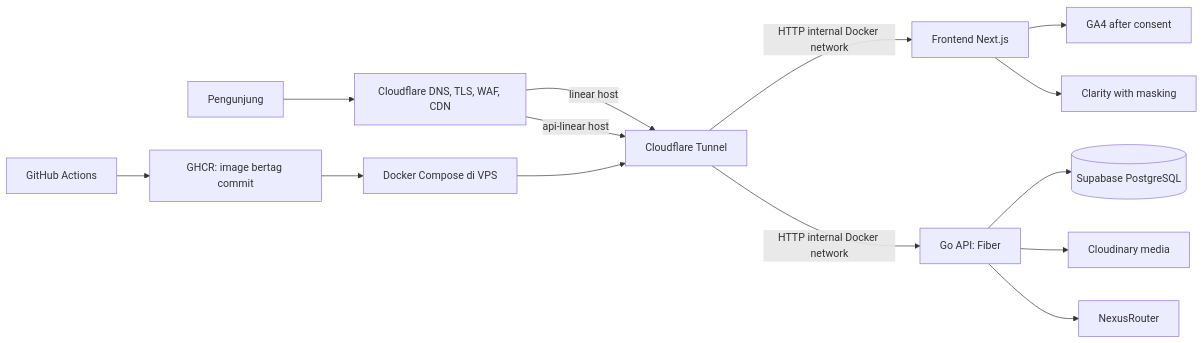
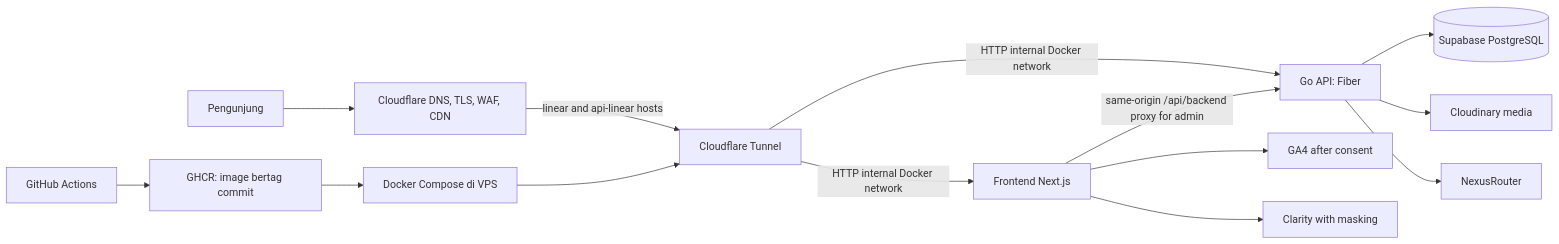
Before and after one commit to Haristhropic/Skomda-website: the diagram in docs/production-architecture-design.md, drawn with Mermaid. The commit also changed other lines of this file and 46 other files, not shown here.

````diff
--- a/docs/production-architecture-design.md
+++ b/docs/production-architecture-design.md
@@ -22,16 +26,16 @@
 ```mermaid
 flowchart LR
   V[Pengunjung] --> CF[Cloudflare DNS, TLS, WAF, CDN]
-  CF -->|linear host| T[Cloudflare Tunnel]
-  CF -->|api-linear host| T
+  CF -->|linear and api-linear hosts| T[Cloudflare Tunnel]
   T -->|HTTP internal Docker network| FE[Frontend Next.js]
   T -->|HTTP internal Docker network| API[Go API: Fiber]
+  FE -->|same-origin /api/backend proxy for admin| API
   API --> PG[(Supabase PostgreSQL)]
   API --> MED[Cloudinary media]
   API --> AI[NexusRouter]
   FE --> GA[GA4 after consent]
   FE --> UX[Clarity with masking]
   GH[GitHub Actions] --> REG[GHCR: image bertag commit]
   REG --> VPS[Docker Compose di VPS]
   VPS --> T
 ```
````
